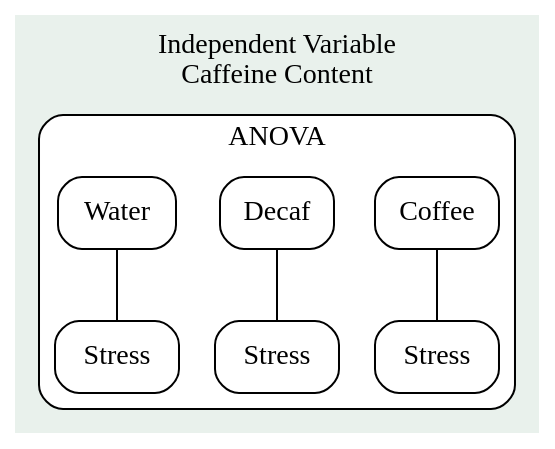
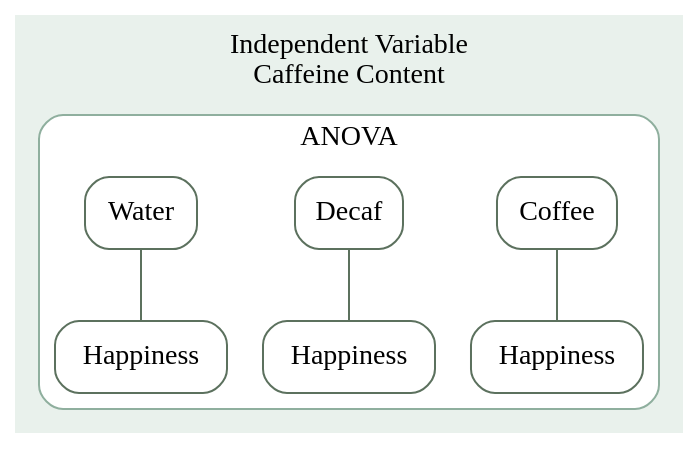
The third of 5 diagrams in lec12/lec12.qmd (DavidBrocker/348SlideDecks), drawn with Graphviz before and after one commit. The commit also changed other lines of this file and 11 other files, not shown here.

````diff
--- a/lec12/lec12.qmd
+++ b/lec12/lec12.qmd
@@ -119,27 +183,27 @@
 ```{dot}
 graph {
-
-  node[shape = box, style = rounded]
+  node[shape = box, style = "rounded,filled", fillcolor = "white", color = "#5C715E", fontname = "Fira Sans"]
+  edge[color = "#5C715E"]
   bgcolor="#E9F1EC"
   label="Independent Variable \nCaffeine Content"
   labelloc="t"
 
   subgraph cluster_anova {
     style = rounded
+    color = "#8FAF9E"
     label="ANOVA"
     bgcolor="white"
     Coffee_A [label="Coffee"]
     Decaf_A [label="Decaf"]
     Water [label="Water"]
-    
-    Stress_A1[label="Stress"]
-    Stress_A2[label="Stress"]
-    Stress_A3[label="Stress"]
-    
+
+    Stress_A1[label="Happiness"]
+    Stress_A2[label="Happiness"]
+    Stress_A3[label="Happiness"]
+
     Coffee_A -- Stress_A1
     Decaf_A -- Stress_A2
     Water -- Stress_A3
   }
-
 }
 ```
````
